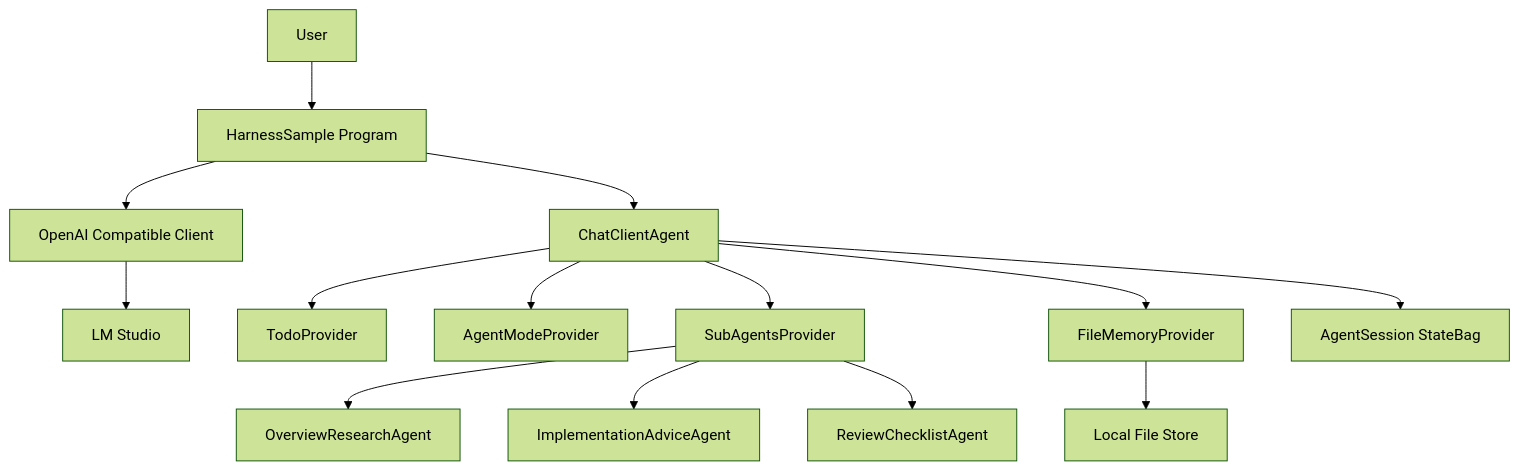
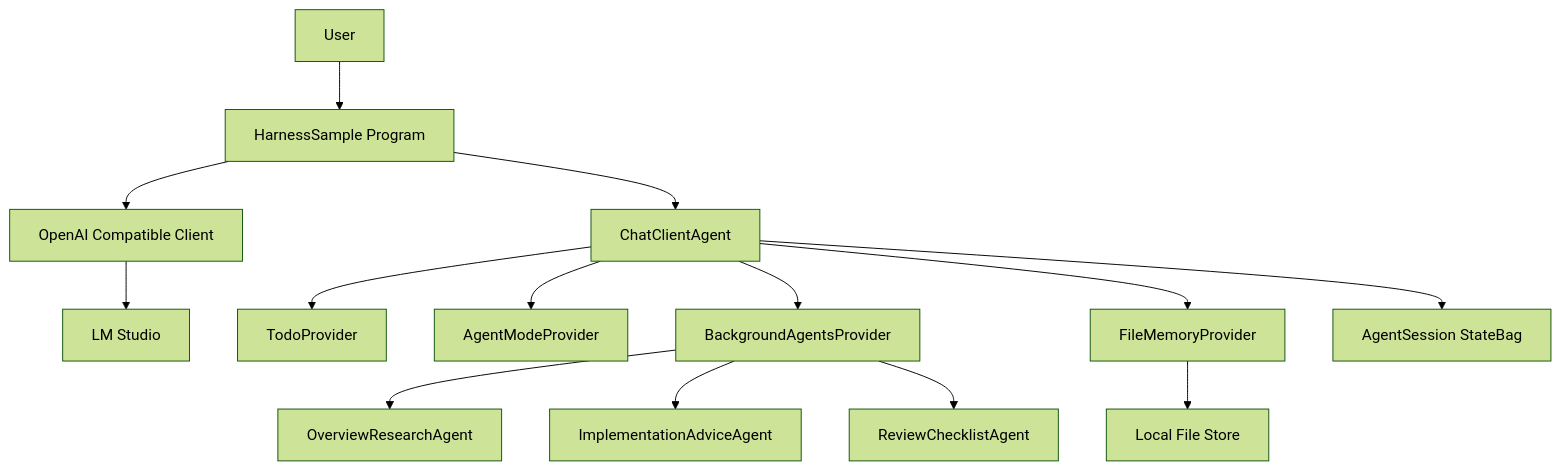
The first of 2 diagrams in docs/harness-sample-spec.md (yy7613/HarnessSample), drawn with Mermaid (forest theme) before and after one commit. The commit also changed other lines of this file and 7 other files, not shown here.

````diff
--- a/docs/harness-sample-spec.md
+++ b/docs/harness-sample-spec.md
@@ -51,16 +51,16 @@
 ```mermaid
 flowchart TD
     U[User] --> P[HarnessSample Program]
     P --> O[OpenAI Compatible Client]
     O --> L[LM Studio]
     P --> A[ChatClientAgent]
     A --> T[TodoProvider]
     A --> M[AgentModeProvider]
-    A --> SA[SubAgentsProvider]
+    A --> SA[BackgroundAgentsProvider]
     SA --> S1[OverviewResearchAgent]
     SA --> S2[ImplementationAdviceAgent]
     SA --> S3[ReviewChecklistAgent]
     A --> F[FileMemoryProvider]
     F --> S[Local File Store]
     A --> R[AgentSession StateBag]
 ```
````
